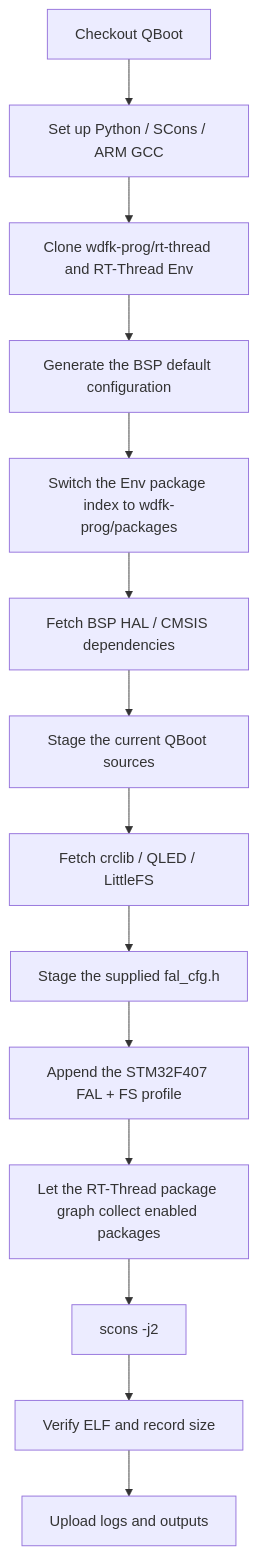
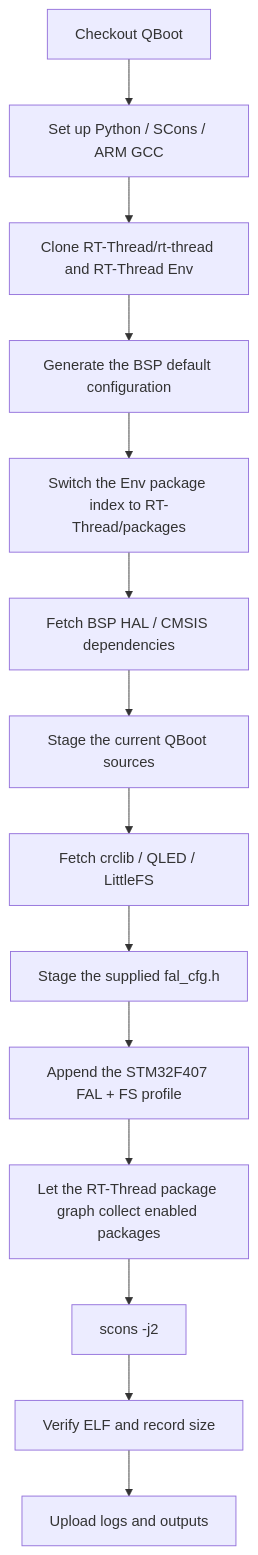
Before and after one commit to wdfk-prog/rt-thread-qboot: the diagram in docs/en/ci.md, drawn with Mermaid. The commit also changed other lines of this file and 3 other files, not shown here.

````diff
--- a/docs/en/ci.md
+++ b/docs/en/ci.md
@@ -57,16 +56,16 @@
 ```mermaid
 flowchart TD
     A[Checkout QBoot] --> B[Set up Python / SCons / ARM GCC]
-    B --> C[Clone wdfk-prog/rt-thread and RT-Thread Env]
+    B --> C[Clone RT-Thread/rt-thread and RT-Thread Env]
     C --> D[Generate the BSP default configuration]
-    D --> E[Switch the Env package index to wdfk-prog/packages]
+    D --> E[Switch the Env package index to RT-Thread/packages]
     E --> F[Fetch BSP HAL / CMSIS dependencies]
     F --> G[Stage the current QBoot sources]
     G --> H[Fetch crclib / QLED / LittleFS]
     H --> I[Stage the supplied fal_cfg.h]
     I --> J[Append the STM32F407 FAL + FS profile]
     J --> K[Let the RT-Thread package graph collect enabled packages]
     K --> L[scons -j2]
     L --> M[Verify ELF and record size]
     M --> N[Upload logs and outputs]
 ```
````
